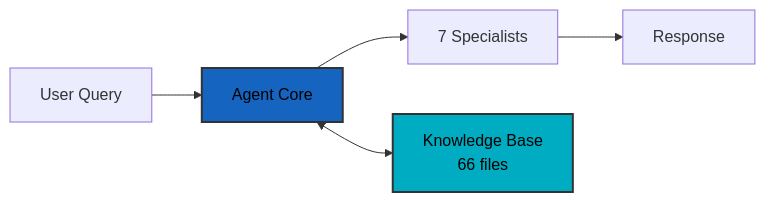
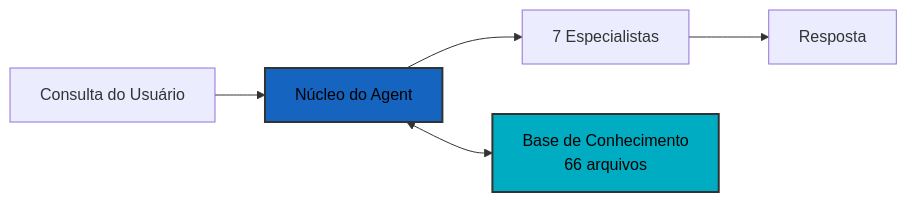
Before and after one commit to VictorCappelletto/data_agent_ia_01: the first of 11 diagrams in docs/architecture/agent-flow.md, drawn with Mermaid. The commit also changed other lines of this file and 11 other files, not shown here.

````diff
--- a/docs/architecture/agent-flow.md
+++ b/docs/architecture/agent-flow.md
@@ -9,10 +9,10 @@
 ```mermaid
 graph LR
-    A[User Query] --> B[Agent Core]
-    B --> C[7 Specialists]
-    B <--> D[Knowledge Base<br/>66 files]
-    C --> E[Response]
+    A[Consulta do Usuário] --> B[Núcleo do Agent]
+    B --> C[7 Especialistas]
+    B <--> D[Base de Conhecimento<br/>66 arquivos]
+    C --> E[Resposta]
     
     style B fill:#1565c0,stroke:#333,stroke-width:2px,color:#000
     style D fill:#00acc1,stroke:#333,stroke-width:2px,color:#000
 ```
````
